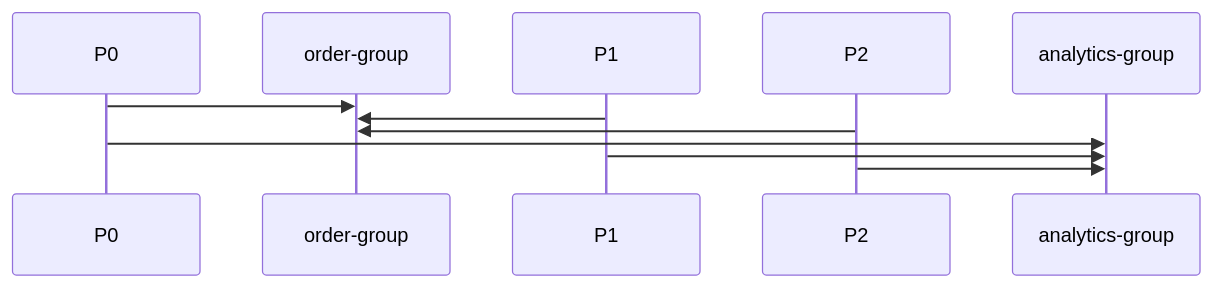
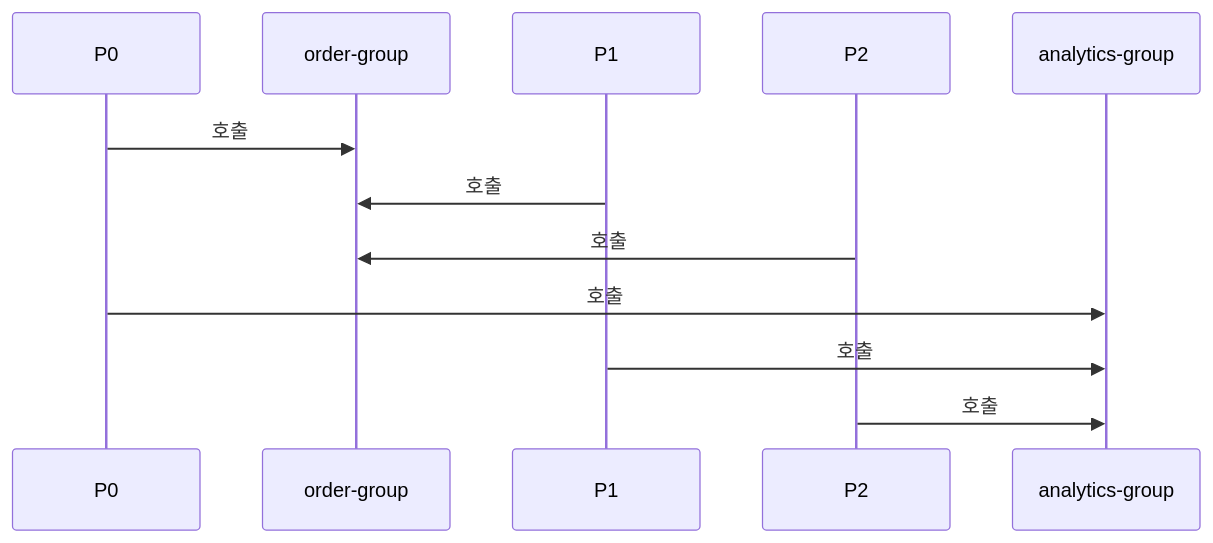
One commit to yjkim2015/yjkim2015.github.io changed the first of 7 diagrams in _posts/kafka/2026-05-01-kafka-consumer-deep.md. Above: the diagram before and after it, drawn with Mermaid. The commit also changed 85 other files, not shown here.

First line of the commit message:
sequenceDiagram 문법 에러 2차 수정 169개 (86파일)

````diff
--- a/_posts/kafka/2026-05-01-kafka-consumer-deep.md
+++ b/_posts/kafka/2026-05-01-kafka-consumer-deep.md
@@ -26,9 +26,9 @@
 ```mermaid
 sequenceDiagram
-    P0->>order-group:
-    P1->>order-group:
-    P2->>order-group:
-    P0->>analytics-group:
-    P1->>analytics-group:
-    P2->>analytics-group:
+    P0->>order-group: 호출
+    P1->>order-group: 호출
+    P2->>order-group: 호출
+    P0->>analytics-group: 호출
+    P1->>analytics-group: 호출
+    P2->>analytics-group: 호출
 ```
````
